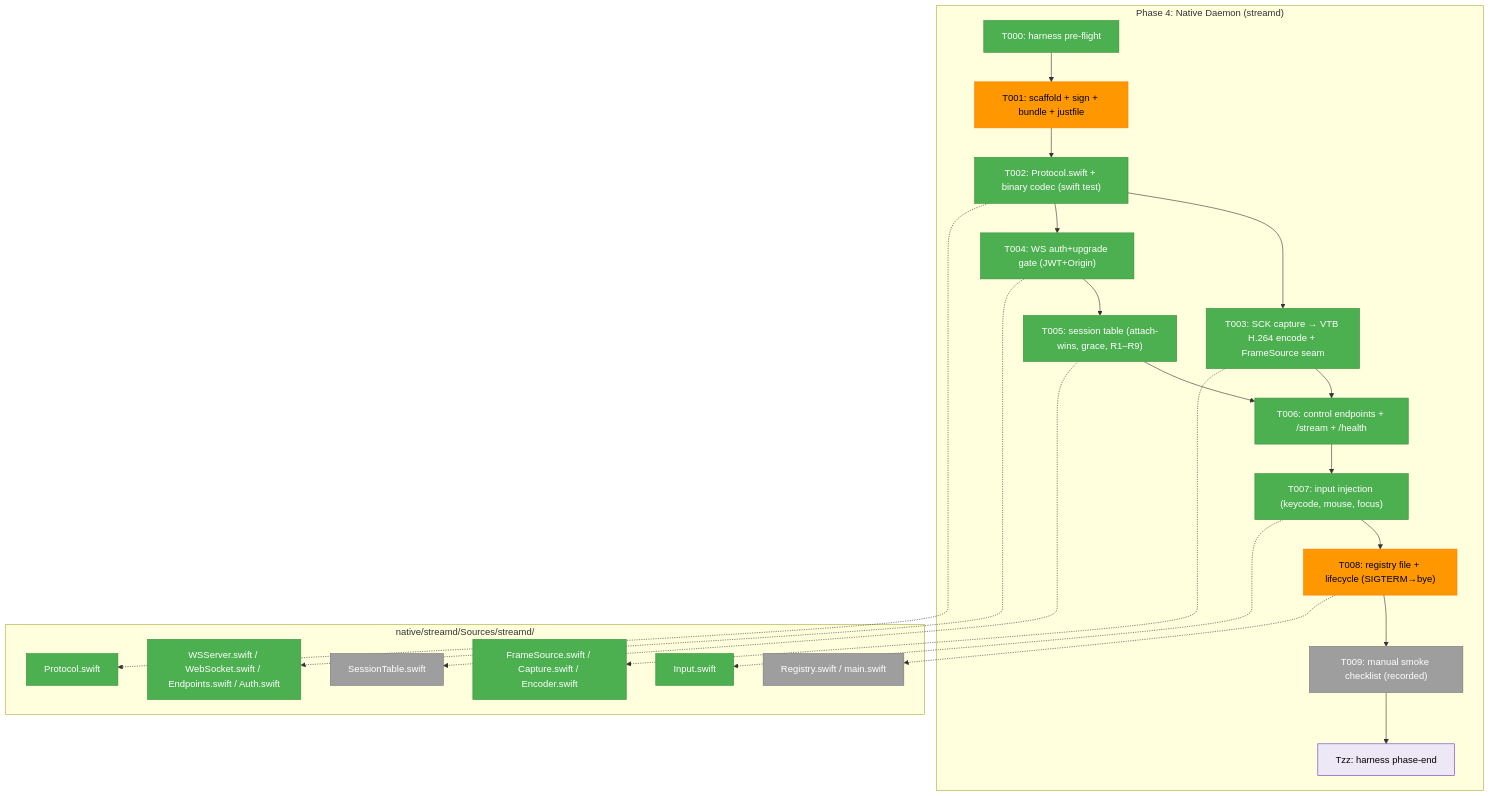
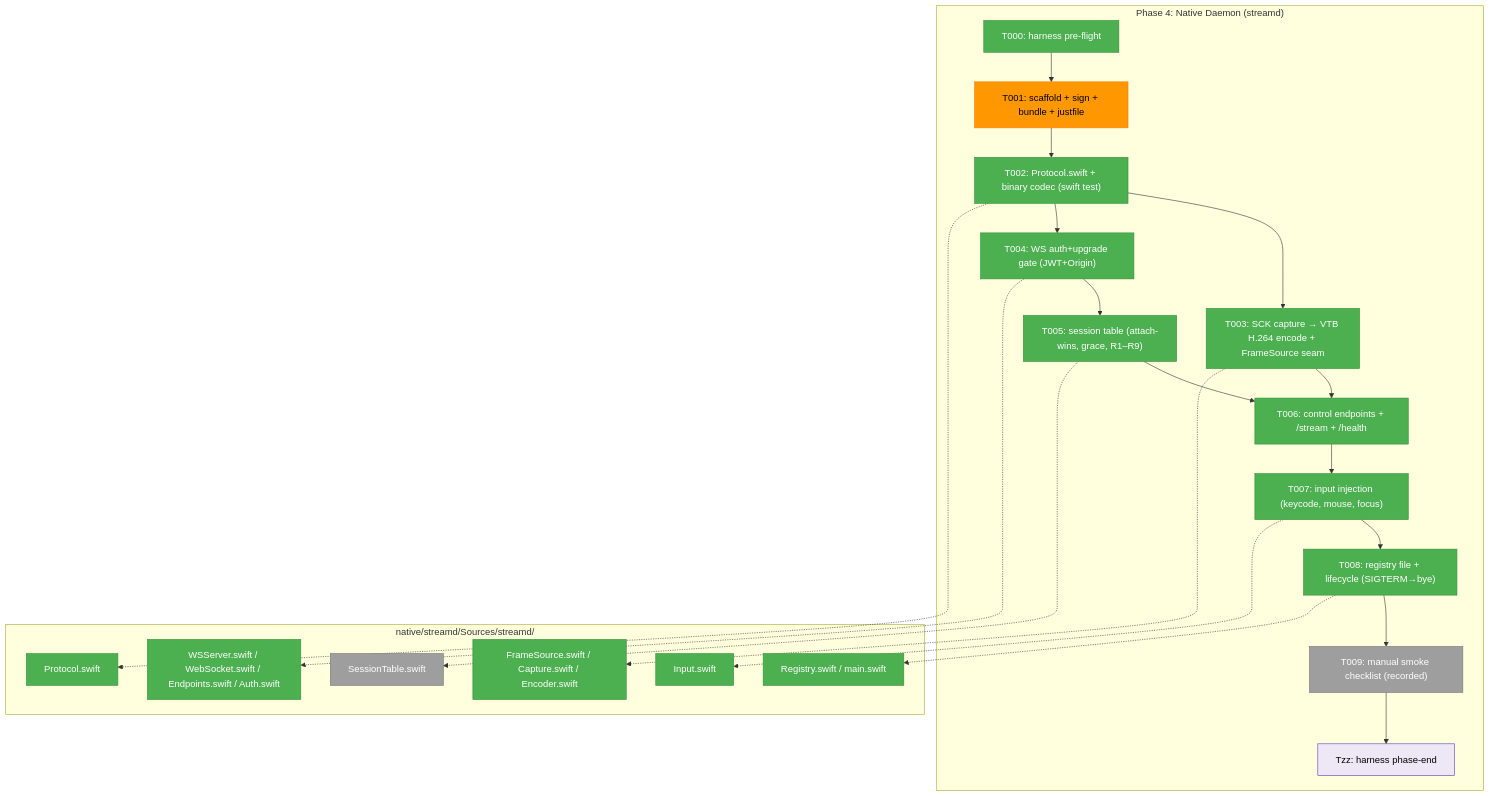
The first of 3 diagrams in docs/plans/088-remote-app-view/tasks/phase-4-native-daemon-swift/tasks.md (AI-Substrate/chainglass), drawn with Mermaid before and after one commit. The commit also changed other lines of this file and 4 other files, not shown here.

First line of the commit message:
feat(remote-view): T008 registry + lifecycle (SIGTERM->bye, vanish->exit), 6/6 headless (Plan 088 Phase 4)

````diff
--- a/docs/plans/088-remote-app-view/tasks/phase-4-native-daemon-swift/tasks.md
+++ b/docs/plans/088-remote-app-view/tasks/phase-4-native-daemon-swift/tasks.md
@@ -112,42 +112,42 @@
 ```mermaid
 flowchart TD
     classDef pending fill:#9E9E9E,stroke:#757575,color:#fff
     classDef seam fill:#EDE7F6,stroke:#673AB7,color:#000
     classDef test fill:#E3F2FD,stroke:#1976D2,color:#000
     classDef completed fill:#4CAF50,stroke:#388E3C,color:#fff
     classDef inprogress fill:#FF9800,stroke:#F57C00,color:#000
 
     subgraph Phase["Phase 4: Native Daemon (streamd)"]
         T000["T000: harness pre-flight"]:::completed
         T001["T001: scaffold + sign + bundle + justfile"]:::inprogress
         T002["T002: Protocol.swift + binary codec (swift test)"]:::completed
         T003["T003: SCK capture → VTB H.264 encode + FrameSource seam"]:::completed
         T004["T004: WS auth+upgrade gate (JWT+Origin)"]:::completed
         T005["T005: session table (attach-wins, grace, R1–R9)"]:::completed
         T006["T006: control endpoints + /stream + /health"]:::completed
         T007["T007: input injection (keycode, mouse, focus)"]:::completed
-        T008["T008: registry file + lifecycle (SIGTERM→bye)"]:::inprogress
+        T008["T008: registry file + lifecycle (SIGTERM→bye)"]:::completed
         T009["T009: manual smoke checklist (recorded)"]:::pending
         Tzz["Tzz: harness phase-end"]:::seam
         T000 --> T001 --> T002 --> T003
         T002 --> T004 --> T005 --> T006
         T003 --> T006
         T006 --> T007 --> T008 --> T009 --> Tzz
     end
 
     subgraph Sources["native/streamd/Sources/streamd/"]
         F1["Protocol.swift"]:::completed
         F2["FrameSource.swift / Capture.swift / Encoder.swift"]:::completed
         F3["WSServer.swift / WebSocket.swift / Endpoints.swift / Auth.swift"]:::completed
         F4["SessionTable.swift"]:::pending
         F5["Input.swift"]:::completed
-        F6["Registry.swift / main.swift"]:::pending
+        F6["Registry.swift / main.swift"]:::completed
     end
 
     T002 -.-> F1
     T003 -.-> F2
     T004 -.-> F3
     T005 -.-> F4
     T007 -.-> F5
     T008 -.-> F6
 ```
````
